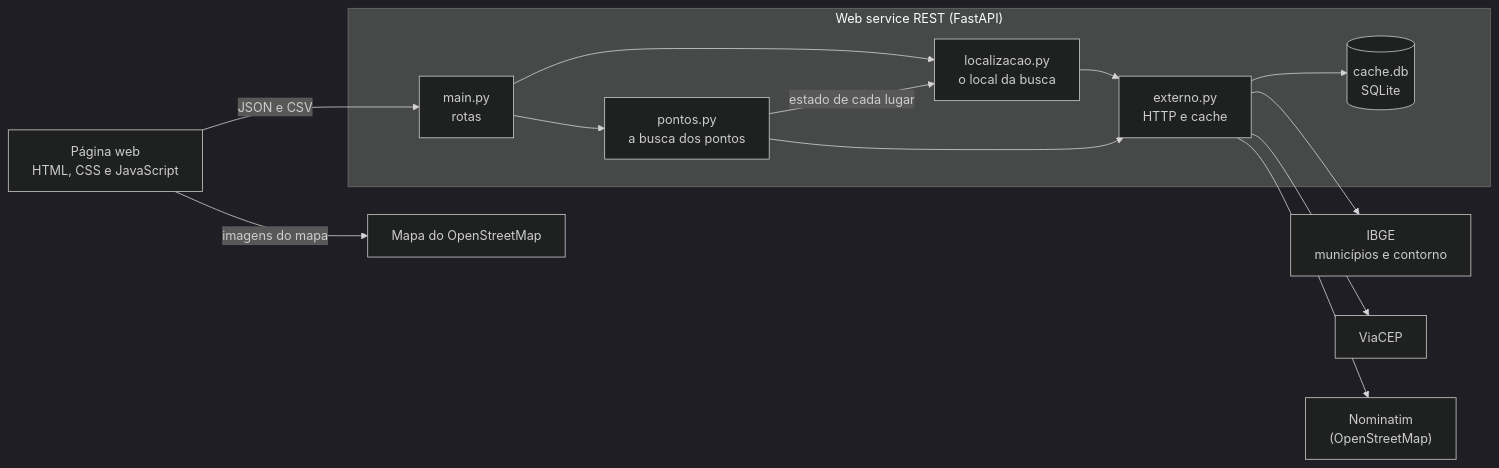
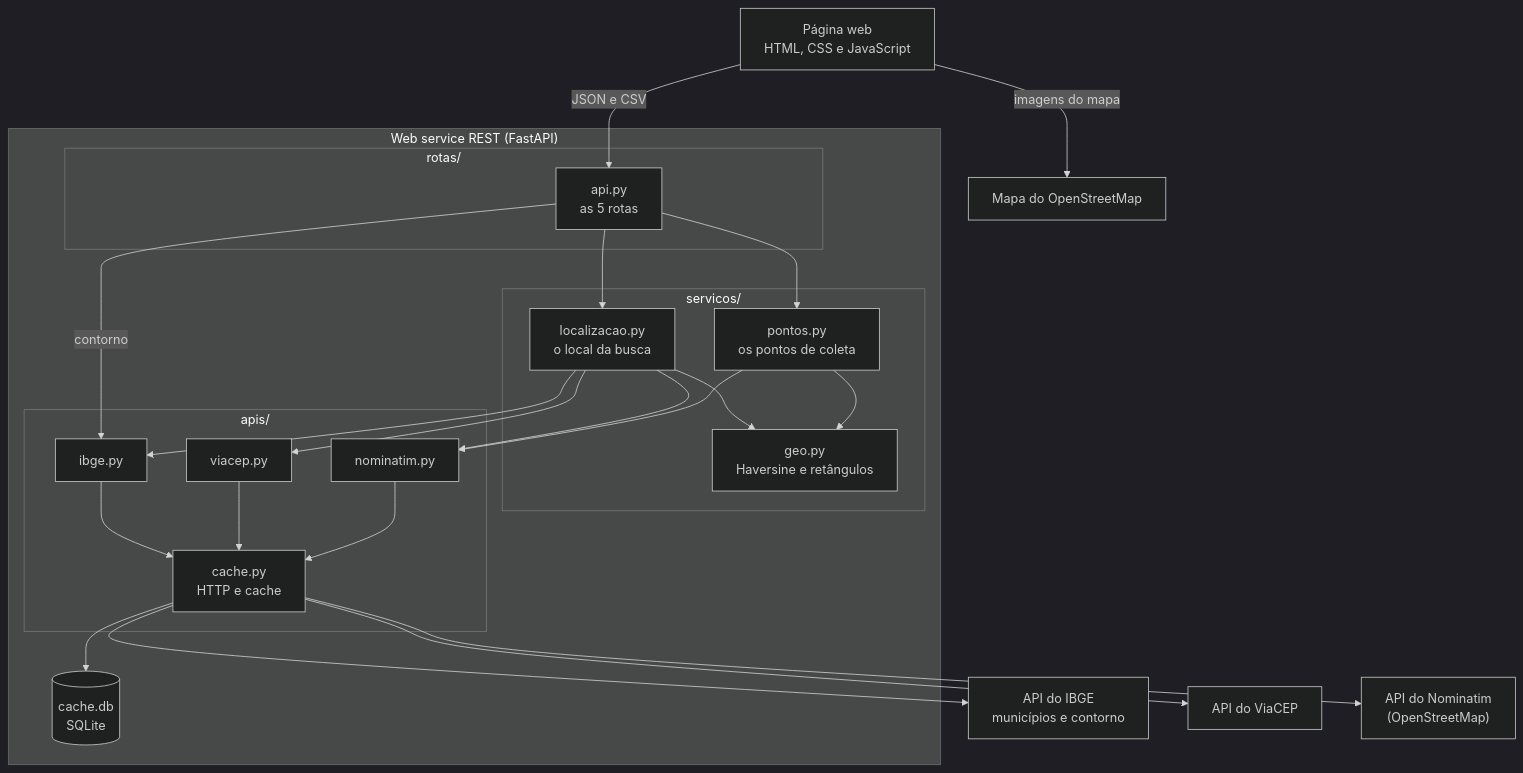
Before and after one commit to GustasSilva/residuogo: the first of 4 diagrams in docs/DIAGRAMAS.md, drawn with Mermaid (dark theme). The commit also changed other lines of this file and 21 other files, not shown here.

Commit message:
separa o codigo em camadas: rotas, servicos e apis, com uma API externa por arquivo

````diff
--- a/docs/DIAGRAMAS.md
+++ b/docs/DIAGRAMAS.md
@@ -7,29 +9,46 @@
 ```mermaid
-flowchart LR
+flowchart TB
     pagina["Página web<br/>HTML, CSS e JavaScript"]
 
     subgraph servico["Web service REST (FastAPI)"]
-        main["main.py<br/>rotas"]
-        pontos["pontos.py<br/>a busca dos pontos"]
-        localizacao["localizacao.py<br/>o local da busca"]
-        externo["externo.py<br/>HTTP e cache"]
-        cache[("cache.db<br/>SQLite")]
+        subgraph rotas["rotas/"]
+            api["api.py<br/>as 5 rotas"]
+        end
+        subgraph servicos["servicos/"]
+            localizacao["localizacao.py<br/>o local da busca"]
+            pontos["pontos.py<br/>os pontos de coleta"]
+            geo["geo.py<br/>Haversine e retângulos"]
+        end
+        subgraph apis["apis/"]
+            ibge["ibge.py"]
+            viacep["viacep.py"]
+            nominatim["nominatim.py"]
+            cache["cache.py<br/>HTTP e cache"]
+        end
+        banco[("cache.db<br/>SQLite")]
     end
 
-    ibge["IBGE<br/>municípios e contorno"]
-    viacep["ViaCEP"]
-    nominatim["Nominatim<br/>(OpenStreetMap)"]
+    api_ibge["API do IBGE<br/>municípios e contorno"]
+    api_viacep["API do ViaCEP"]
+    api_nominatim["API do Nominatim<br/>(OpenStreetMap)"]
     tiles["Mapa do OpenStreetMap"]
 
-    pagina -- "JSON e CSV" --> main
+    pagina -- "JSON e CSV" --> api
     pagina -- "imagens do mapa" --> tiles
-    main --> localizacao
-    main --> pontos
-    pontos -- "estado de cada lugar" --> localizacao
-    localizacao --> externo
-    pontos --> externo
-    externo --> cache
-    externo --> ibge
-    externo --> viacep
-    externo --> nominatim
+    api --> localizacao
+    api --> pontos
+    api -- "contorno" --> ibge
+    localizacao --> ibge
+    localizacao --> viacep
+    localizacao --> nominatim
+    pontos --> nominatim
+    localizacao --> geo
+    pontos --> geo
+    ibge --> cache
+    viacep --> cache
+    nominatim --> cache
+    cache --> banco
+    cache --> api_ibge
+    cache --> api_viacep
+    cache --> api_nominatim
 ```
````
